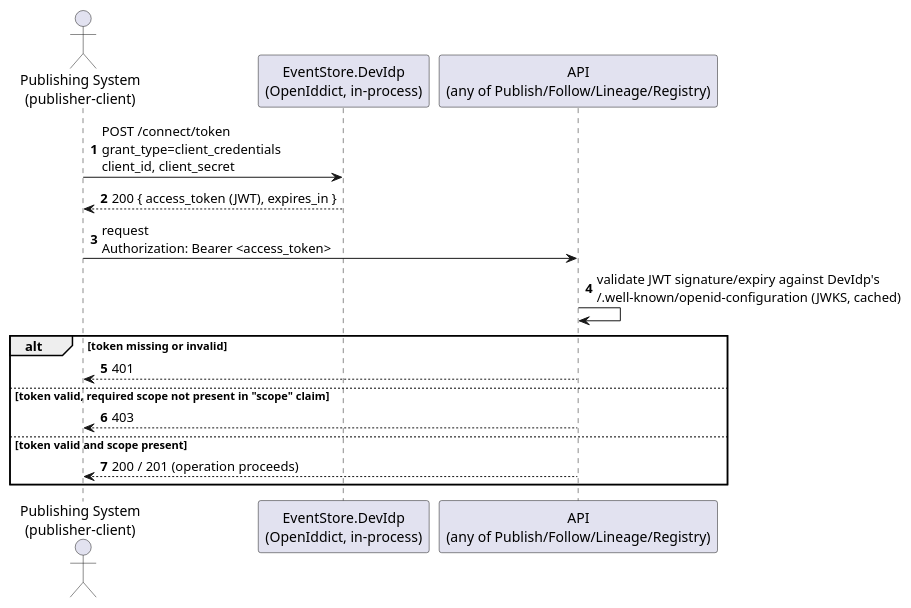
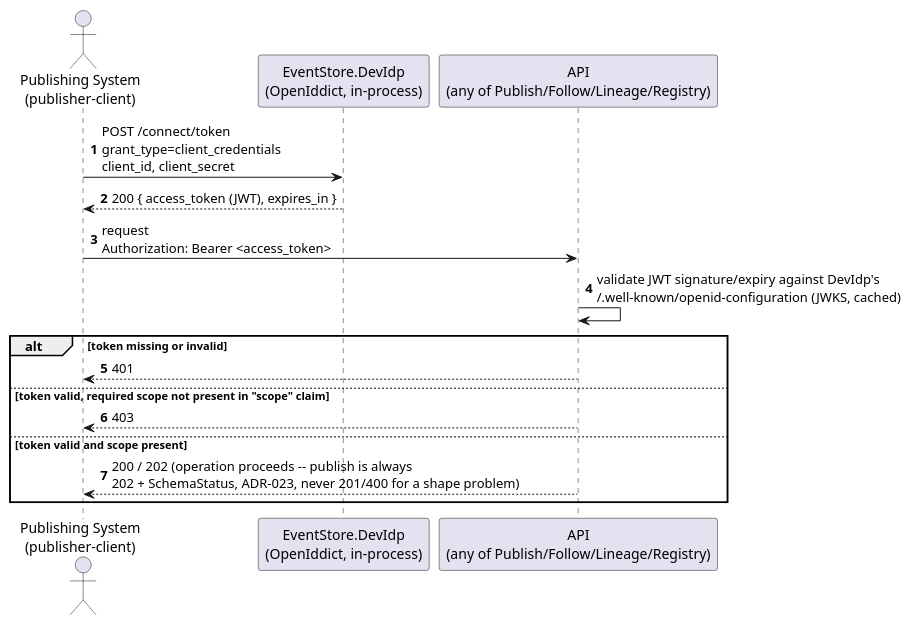
The first of 5 diagrams in docs/features/auth.md (Mwwhited-BookLearning/EventSourcing), drawn with PlantUML before and after one commit. The commit also changed other lines of this file and 37 other files, not shown here.

````diff
--- a/docs/features/auth.md
+++ b/docs/features/auth.md
@@ -33,20 +34,20 @@
 ```plantuml
 @startuml Auth_TokenFlow_Sequence
 autonumber
 actor "Publishing System\n(publisher-client)" as client
 participant "EventStore.DevIdp\n(OpenIddict, in-process)" as idp
 participant "API\n(any of Publish/Follow/Lineage/Registry)" as api
 
 client -> idp: POST /connect/token\ngrant_type=client_credentials\nclient_id, client_secret
 idp --> client: 200 { access_token (JWT), expires_in }
 client -> api: request\nAuthorization: Bearer <access_token>
 api -> api: validate JWT signature/expiry against DevIdp's\n/.well-known/openid-configuration (JWKS, cached)
 alt token missing or invalid
   api --> client: 401
 else token valid, required scope not present in "scope" claim
   api --> client: 403
 else token valid and scope present
-  api --> client: 200 / 201 (operation proceeds)
+  api --> client: 200 / 202 (operation proceeds -- publish is always\n202 + SchemaStatus, ADR-023, never 201/400 for a shape problem)
 end
 @enduml
 ```
````
